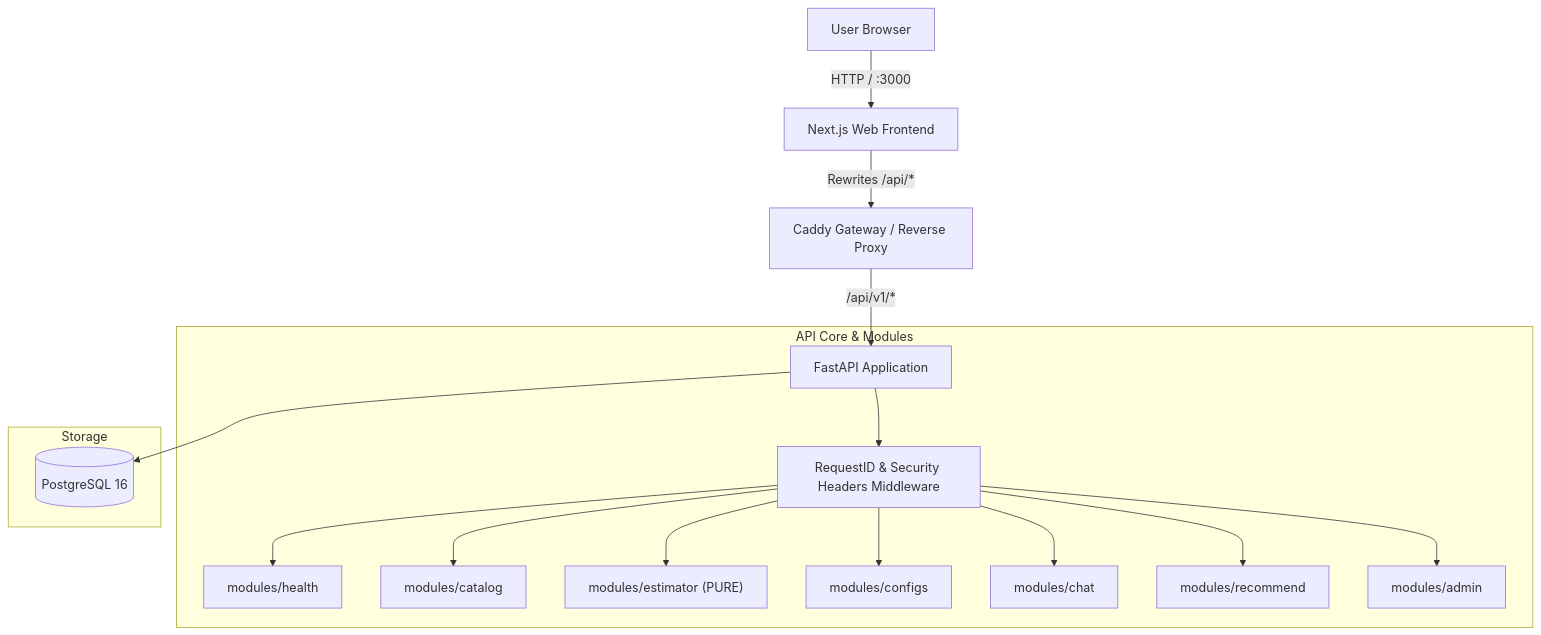
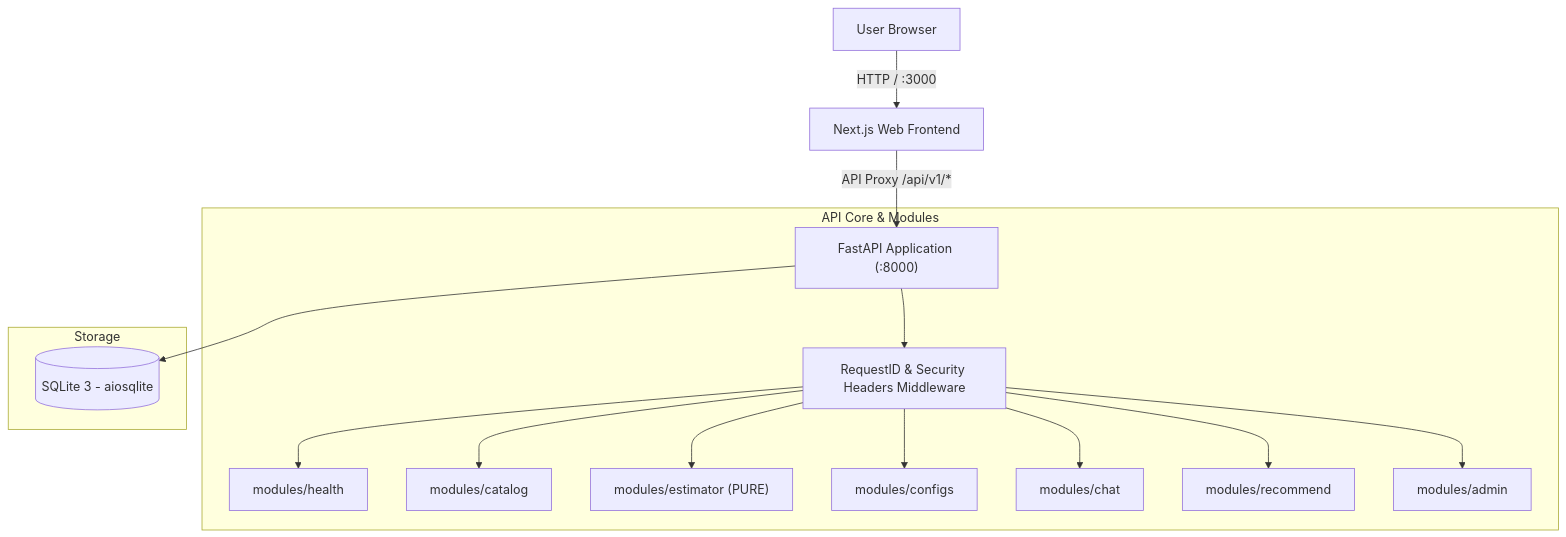
The diagram in docs/ARCHITECTURE.md (DeHoxX/Model_fit_AI), drawn with Mermaid before and after one commit. The commit also changed 64 other files, not shown here.

````diff
--- a/docs/ARCHITECTURE.md
+++ b/docs/ARCHITECTURE.md
@@ -6,21 +6,20 @@
 ```mermaid
 graph TD
     User["User Browser"] -->|HTTP / :3000| Web["Next.js Web Frontend"]
-    Web -->|Rewrites /api/*| Caddy["Caddy Gateway / Reverse Proxy"]
-    Caddy -->|/api/v1/*| API["FastAPI Application"]
+    Web -->|API Proxy /api/v1/*| API["FastAPI Application (:8000)"]
     
     subgraph "API Core & Modules"
         API --> Middleware["RequestID & Security Headers Middleware"]
         Middleware --> Health["modules/health"]
         Middleware --> Catalog["modules/catalog"]
         Middleware --> Estimator["modules/estimator (PURE)"]
         Middleware --> Configs["modules/configs"]
         Middleware --> Chat["modules/chat"]
         Middleware --> Recommend["modules/recommend"]
         Middleware --> Admin["modules/admin"]
     end
     
     subgraph "Storage"
-        API --> DB[(PostgreSQL 16)]
+        API --> DB[(SQLite 3 - aiosqlite)]
     end
 ```
````
